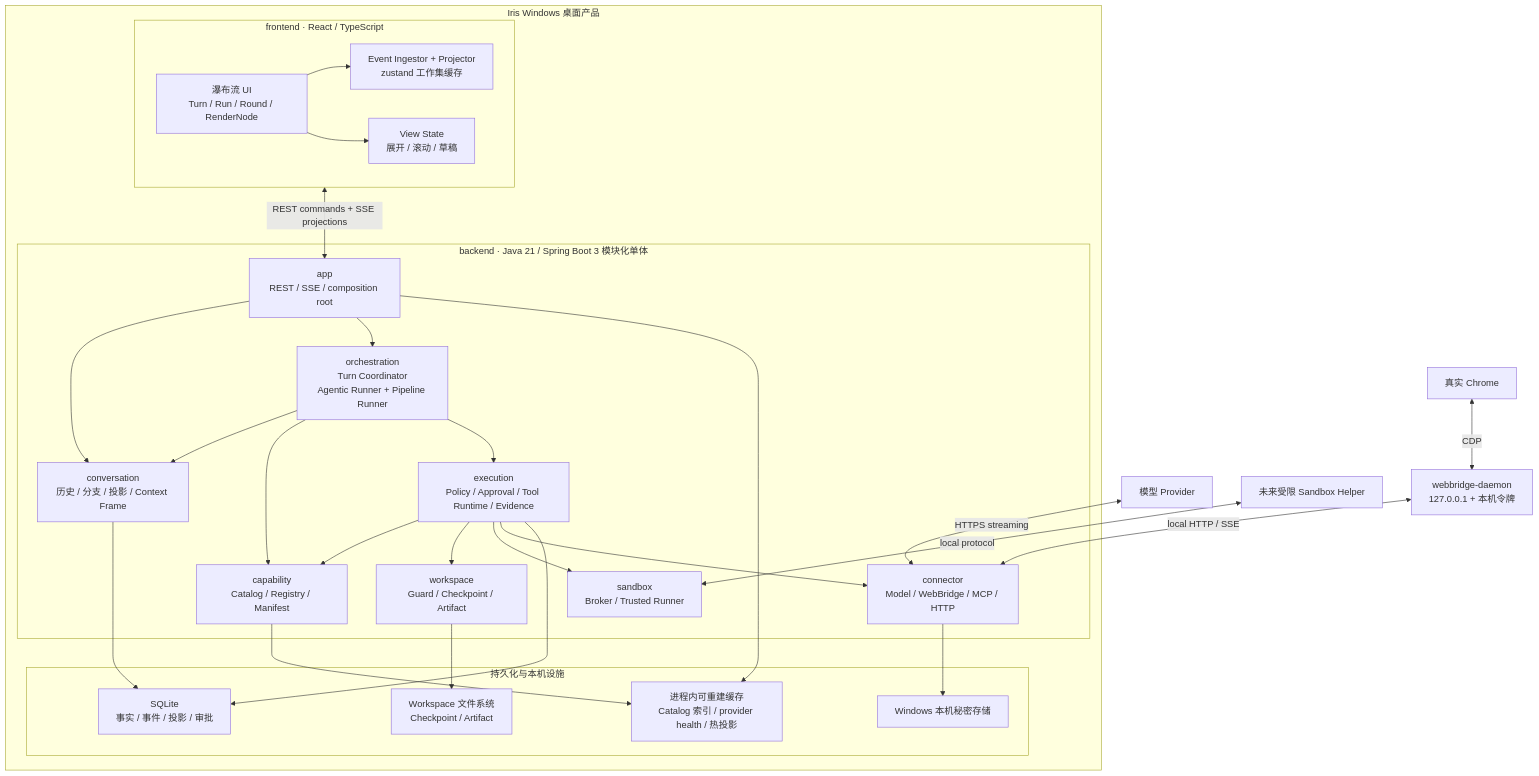
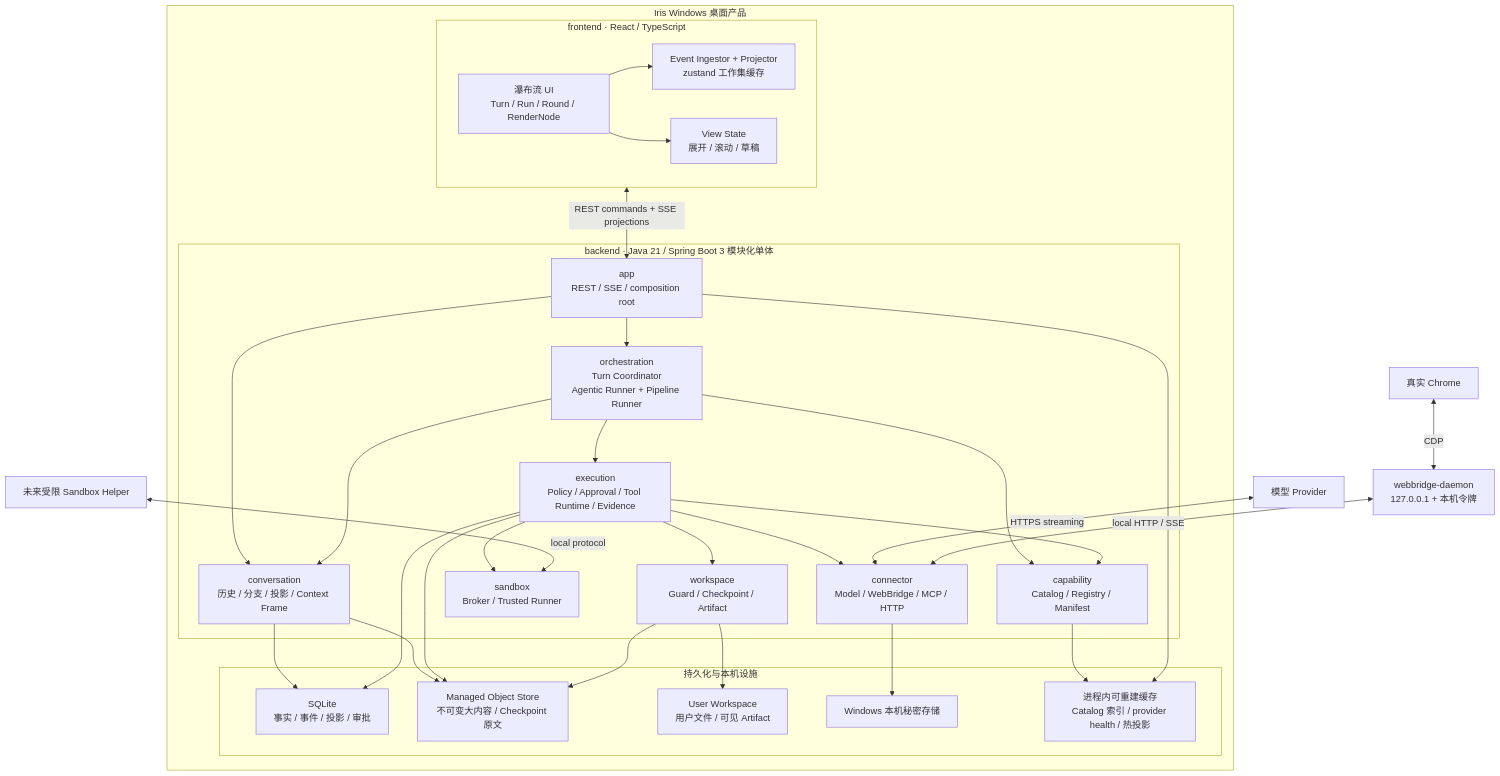
The first of 5 diagrams in docs/02-architecture-overview.md (ssmiter/Iris), drawn with Mermaid before and after one commit. The commit also changed other lines of this file and 82 other files, not shown here.

````diff
--- a/docs/02-architecture-overview.md
+++ b/docs/02-architecture-overview.md
@@ -37,52 +37,56 @@
 ```mermaid
 flowchart TB
     subgraph DESKTOP["Iris Windows 桌面产品"]
         subgraph FE["frontend · React / TypeScript"]
             UI["瀑布流 UI<br/>Turn / Run / Round / RenderNode"]
             PROJ["Event Ingestor + Projector<br/>zustand 工作集缓存"]
             VIEW["View State<br/>展开 / 滚动 / 草稿"]
             UI --> PROJ
             UI --> VIEW
         end
 
         subgraph BE["backend · Java 21 / Spring Boot 3 模块化单体"]
             APP["app<br/>REST / SSE / composition root"]
             CONV["conversation<br/>历史 / 分支 / 投影 / Context Frame"]
             ORCH["orchestration<br/>Turn Coordinator<br/>Agentic Runner + Pipeline Runner"]
             CAP["capability<br/>Catalog / Registry / Manifest"]
             EXEC["execution<br/>Policy / Approval / Tool Runtime / Evidence"]
             WS["workspace<br/>Guard / Checkpoint / Artifact"]
             SB["sandbox<br/>Broker / Trusted Runner"]
             CONN["connector<br/>Model / WebBridge / MCP / HTTP"]
             APP --> CONV
             APP --> ORCH
             ORCH --> CONV
             ORCH --> CAP
             ORCH --> EXEC
             EXEC --> CAP
             EXEC --> WS
             EXEC --> SB
             EXEC --> CONN
         end
 
         subgraph DATA["持久化与本机设施"]
             SQL["SQLite<br/>事实 / 事件 / 投影 / 审批"]
-            FS["Workspace 文件系统<br/>Checkpoint / Artifact"]
+            OBJECTS["Managed Object Store<br/>不可变大内容 / Checkpoint 原文"]
+            FS["User Workspace<br/>用户文件 / 可见 Artifact"]
             SECRETS["Windows 本机秘密存储"]
             CACHE["进程内可重建缓存<br/>Catalog 索引 / provider health / 热投影"]
         end
 
         FE <-->|"REST commands + SSE projections"| APP
         CONV --> SQL
         EXEC --> SQL
+        CONV --> OBJECTS
+        EXEC --> OBJECTS
+        WS --> OBJECTS
         WS --> FS
         CONN --> SECRETS
         CAP --> CACHE
         APP --> CACHE
     end
 
     MODEL["模型 Provider"] <-->|"HTTPS streaming"| CONN
     WEB["webbridge-daemon<br/>127.0.0.1 + 本机令牌"] <-->|"local HTTP / SSE"| CONN
     CHROME["真实 Chrome"] <-->|"CDP"| WEB
     HELPER["未来受限 Sandbox Helper"] <-->|"local protocol"| SB
 ```
````
